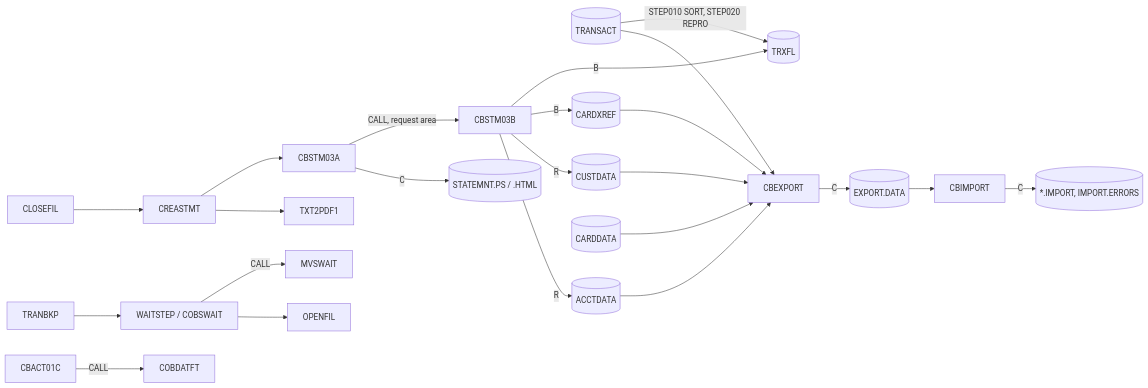
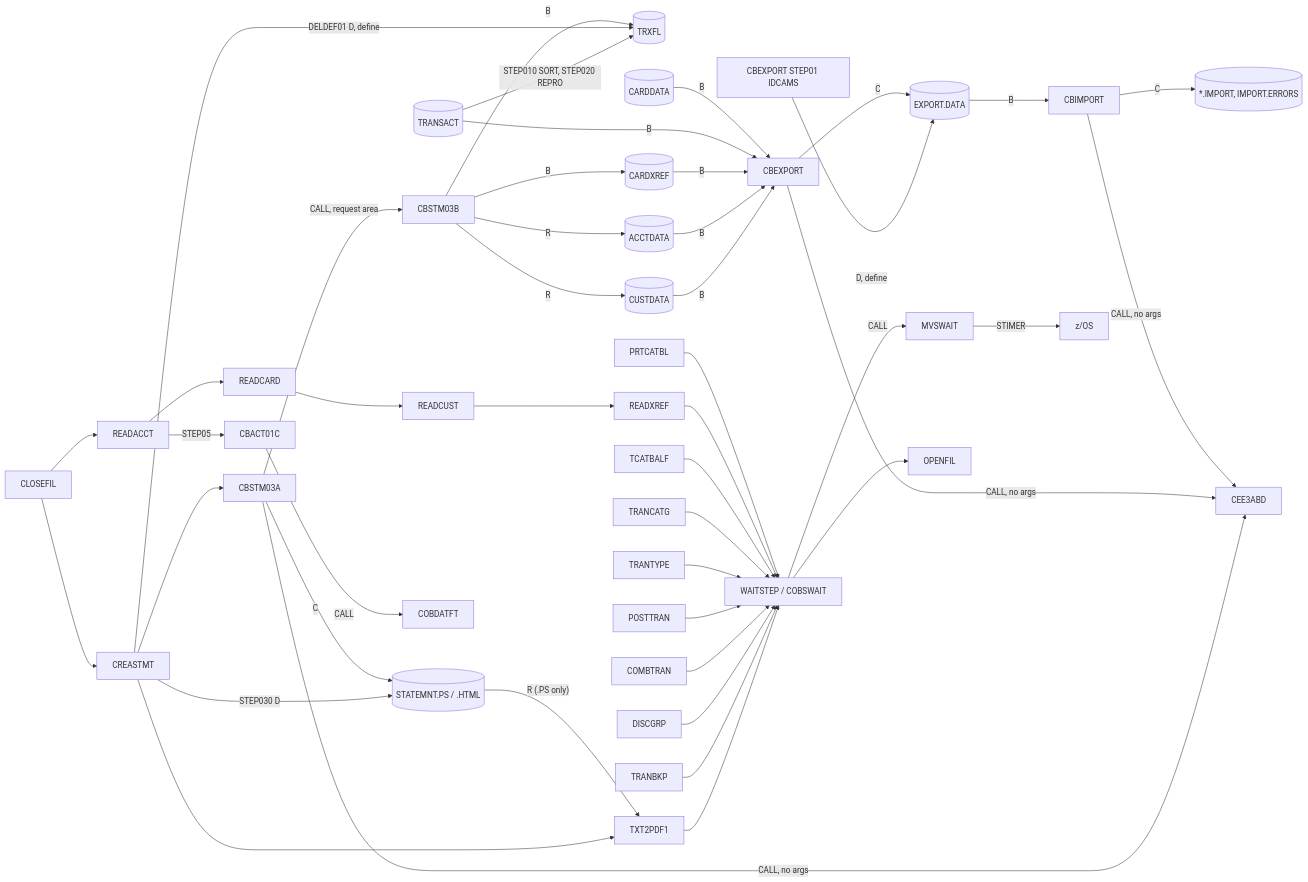
Before and after one commit to factory-senura-jayatunge/carddemo: the diagram in docs/modernization/spec/areas/d2-batch-utilities-interactions.md, drawn with Mermaid. The commit also changed other lines of this file and 1 other file, not shown here.

````diff
--- a/docs/modernization/spec/areas/d2-batch-utilities-interactions.md
+++ b/docs/modernization/spec/areas/d2-batch-utilities-interactions.md
@@ -58,18 +115,28 @@
 ```mermaid
 flowchart LR
     CLO[CLOSEFIL] --> CST[CREASTMT]
     TRAN[(TRANSACT)] -- "STEP010 SORT, STEP020 REPRO" --> TRX[(TRXFL)]
+    CST -- "DELDEF01 D, define" --> TRX
+    CST -- "STEP030 D" --> STMT[(STATEMNT.PS / .HTML)]
     CST --> S3A[CBSTM03A]
     S3A -- "CALL, request area" --> S3B[CBSTM03B]
     S3B -- B --> TRX
     S3B -- B --> XREF[(CARDXREF)]
     S3B -- R --> CUST[(CUSTDATA)]
     S3B -- R --> ACCT[(ACCTDATA)]
-    S3A -- C --> STMT[(STATEMNT.PS / .HTML)]
+    S3A -- C --> STMT
     CST --> PDF[TXT2PDF1]
-    CUST & ACCT & XREF & TRAN & CARD[(CARDDATA)] --> EXP[CBEXPORT] -- C --> EXF[(EXPORT.DATA)]
-    EXF --> IMP[CBIMPORT] -- C --> OUT[("*.IMPORT, IMPORT.ERRORS")]
-    TBK[TRANBKP] --> WST[WAITSTEP / COBSWAIT] -- CALL --> MVW[MVSWAIT]
+    STMT -- "R (.PS only)" --> PDF
+    PDF --> WST
+    ST1[CBEXPORT STEP01 IDCAMS] -- "D, define" --> EXF
+    CUST & ACCT & XREF & TRAN & CARD[(CARDDATA)] -- B --> EXP[CBEXPORT]
+    EXP -- C --> EXF[(EXPORT.DATA)]
+    EXF -- B --> IMP[CBIMPORT] -- C --> OUT[("*.IMPORT, IMPORT.ERRORS")]
+    S3A & EXP & IMP -- "CALL, no args" --> ABD[CEE3ABD]
+    TBK[TRANBKP] & DGP[DISCGRP] & CMB[COMBTRAN] --> WST[WAITSTEP / COBSWAIT]
+    PST[POSTTRAN] & TTY[TRANTYPE] & TCG[TRANCATG] & TCB[TCATBALF] & RXR[READXREF] & PCB[PRTCATBL] --> WST
+    WST -- CALL --> MVW[MVSWAIT] -- "STIMER" --> ZOS[z/OS]
     WST --> OPN[OPENFIL]
-    ACT1[CBACT01C] -- CALL --> DTF[COBDATFT]
+    CLO --> RAC[READACCT] --> RCD[READCARD] --> RCU[READCUST] --> RXR
+    RAC -- STEP05 --> ACT1[CBACT01C] -- CALL --> DTF[COBDATFT]
 ```
````
